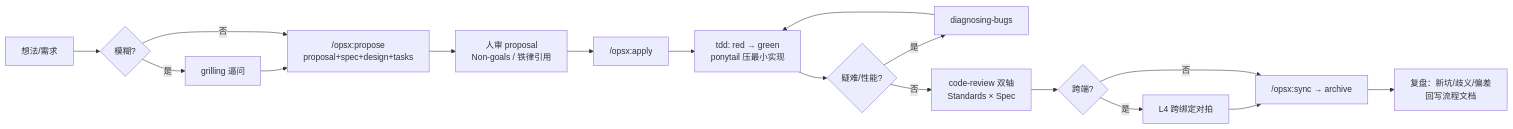
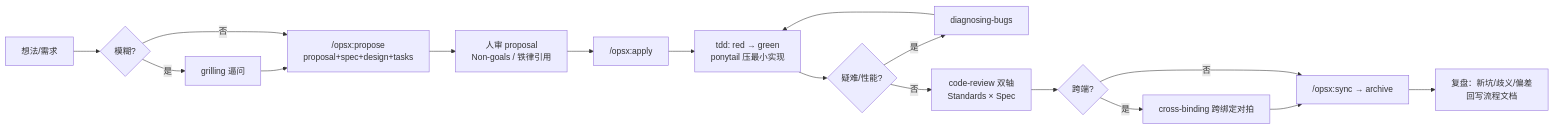
The diagram in Plan/开发流程.md (panz2018/netwave), drawn with Mermaid before and after one commit. The commit also changed other lines of this file and 6 other files, not shown here.

````diff
--- a/Plan/开发流程.md
+++ b/Plan/开发流程.md
@@ -117,16 +118,16 @@
 ```mermaid
 flowchart LR
     A[想法/需求] --> B{模糊?}
     B -- 是 --> G[grilling 逼问] --> P
     B -- 否 --> P["/opsx:propose<br/>proposal+spec+design+tasks"]
     P --> R[人审 proposal<br/>Non-goals / 铁律引用]
     R --> AP["/opsx:apply"]
     AP --> T["tdd: red → green<br/>ponytail 压最小实现"]
     T --> D{疑难/性能?}
     D -- 是 --> DB[diagnosing-bugs] --> T
     D -- 否 --> CR["code-review 双轴<br/>Standards × Spec"]
     CR --> L4{跨端?}
-    L4 -- 是 --> X[L4 跨绑定对拍] --> S
+    L4 -- 是 --> X[cross-binding 跨绑定对拍] --> S
     L4 -- 否 --> S["/opsx:sync → archive"]
     S --> RP["复盘：新坑/歧义/偏差<br/>回写流程文档"]
 ```
````
